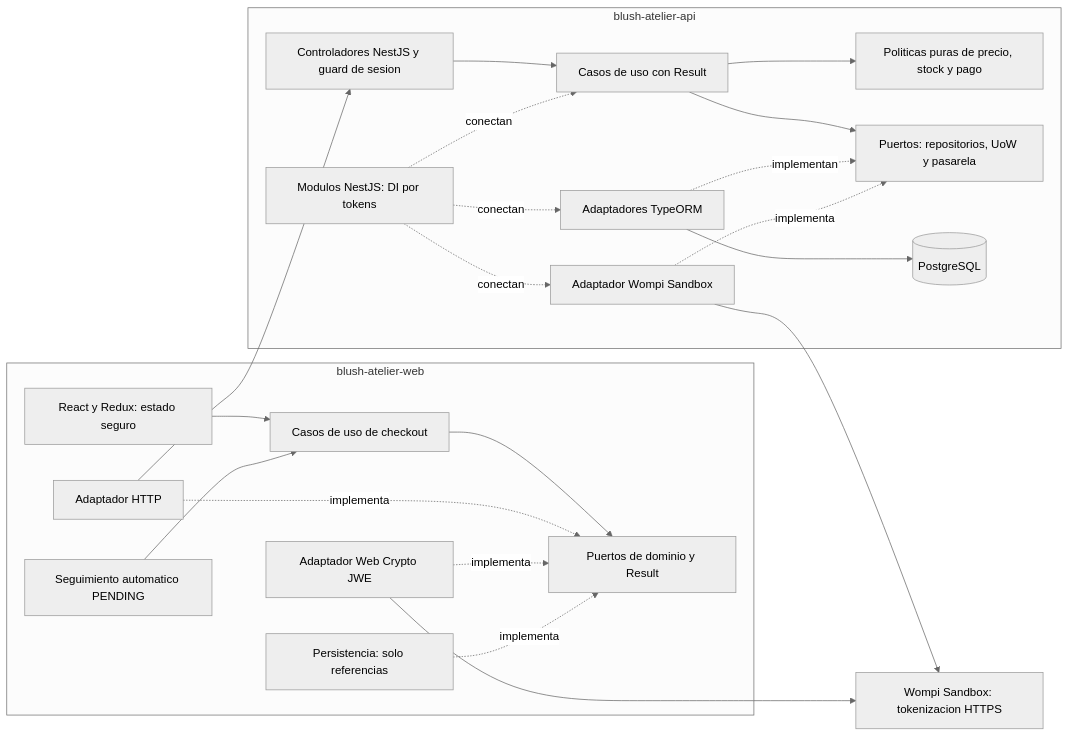
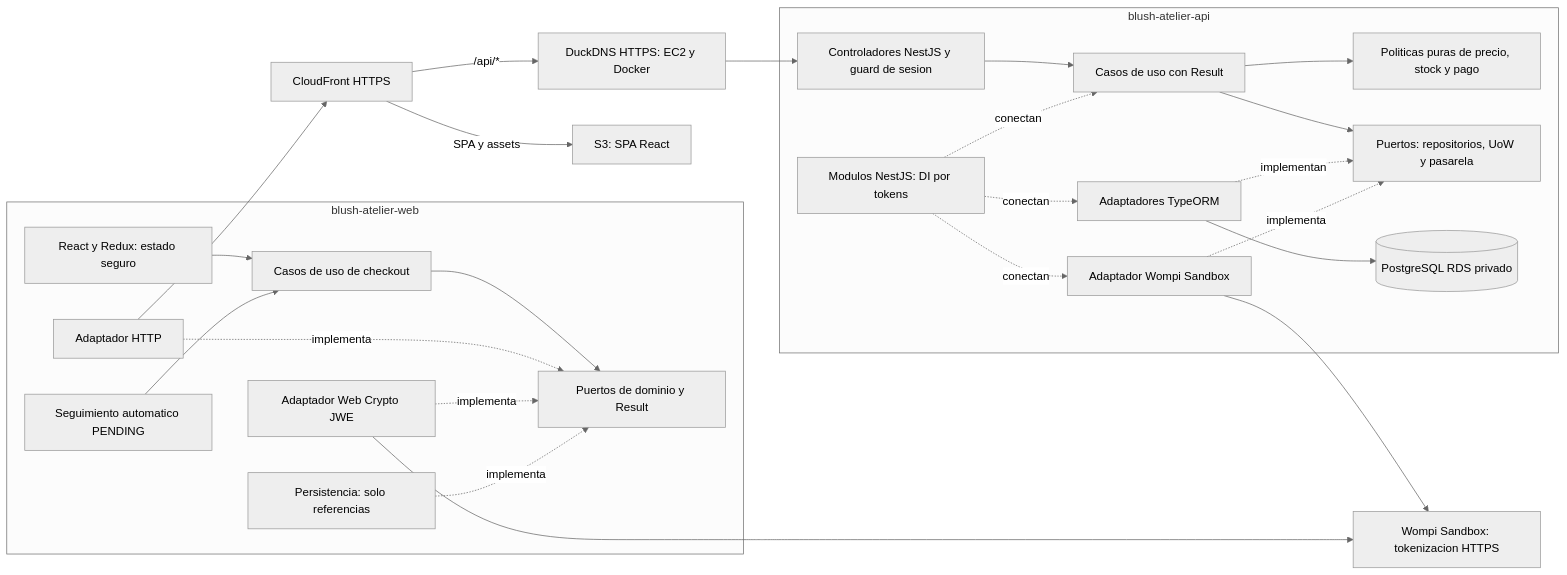
The diagram in docs/architecture.mmd (blush-atelier/blush-atelier-api), drawn with Mermaid (neutral theme) before and after one commit. The commit also changed 2 other files, not shown here.

Commit message:
docs(delivery): finalize public URLs and synchronize deployment diagrams

```diff
--- a/docs/architecture.mmd
+++ b/docs/architecture.mmd
@@ -1,23 +1,26 @@
 flowchart LR
     subgraph WEB[blush-atelier-web]
         UI[React y Redux: estado seguro] --> WA[Casos de uso de checkout]
         WA --> WP[Puertos de dominio y Result]
         HTTP[Adaptador HTTP] -. implementa .-> WP
         CARD[Adaptador Web Crypto JWE] -. implementa .-> WP
         LOCAL[Persistencia: solo referencias] -. implementa .-> WP
         SYNC[Seguimiento automatico PENDING] --> WA
     end
     subgraph API[blush-atelier-api]
         CTRL[Controladores NestJS y guard de sesion] --> UC[Casos de uso con Result]
         UC --> DOMAIN[Politicas puras de precio, stock y pago]
         UC --> PORTS[Puertos: repositorios, UoW y pasarela]
         ORM[Adaptadores TypeORM] -. implementan .-> PORTS
         WOMPI[Adaptador Wompi Sandbox] -. implementa .-> PORTS
         DI[Modulos NestJS: DI por tokens] -. conectan .-> UC
         DI -. conectan .-> ORM
         DI -. conectan .-> WOMPI
-        ORM --> DB[(PostgreSQL)]
+        ORM --> DB[(PostgreSQL RDS privado)]
     end
-    HTTP --> CTRL
+    EDGE[CloudFront HTTPS] -->|SPA y assets| STATIC[S3: SPA React]
+    EDGE -->|/api/*| ORIGIN[DuckDNS HTTPS: EC2 y Docker]
+    HTTP --> EDGE
+    ORIGIN --> CTRL
     CARD --> PROVIDER[Wompi Sandbox: tokenizacion HTTPS]
     WOMPI --> PROVIDER
```
